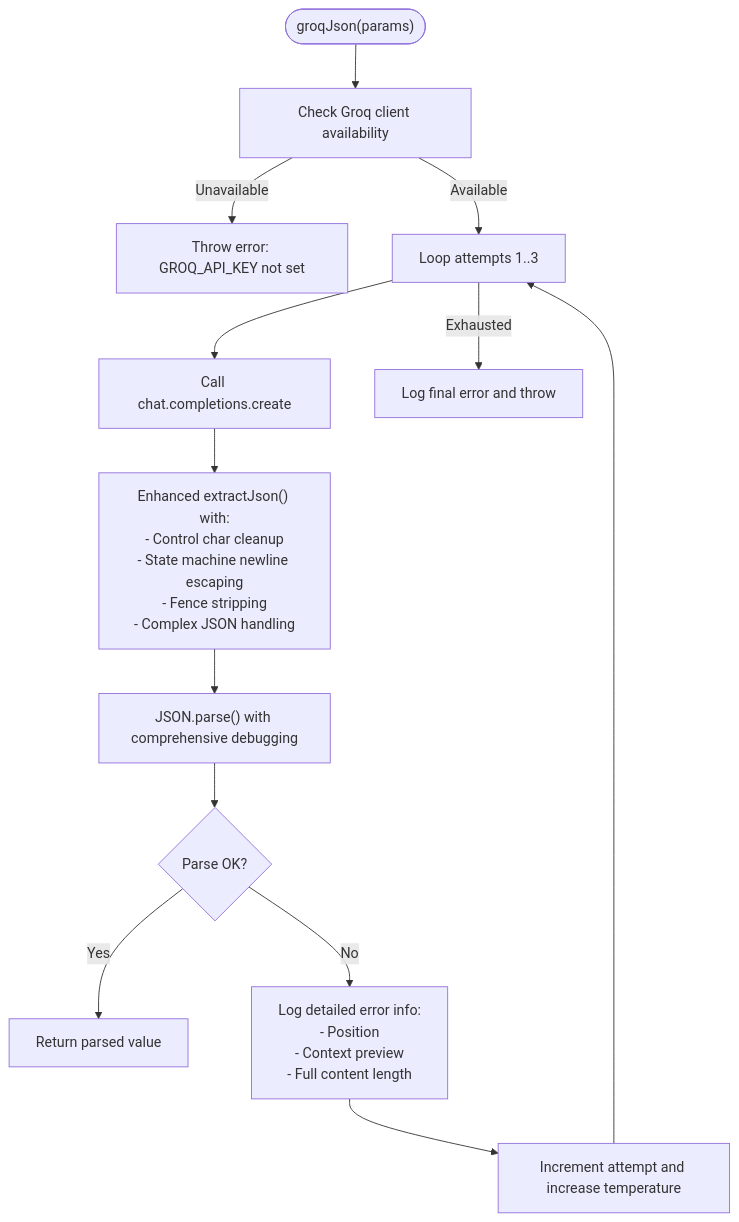
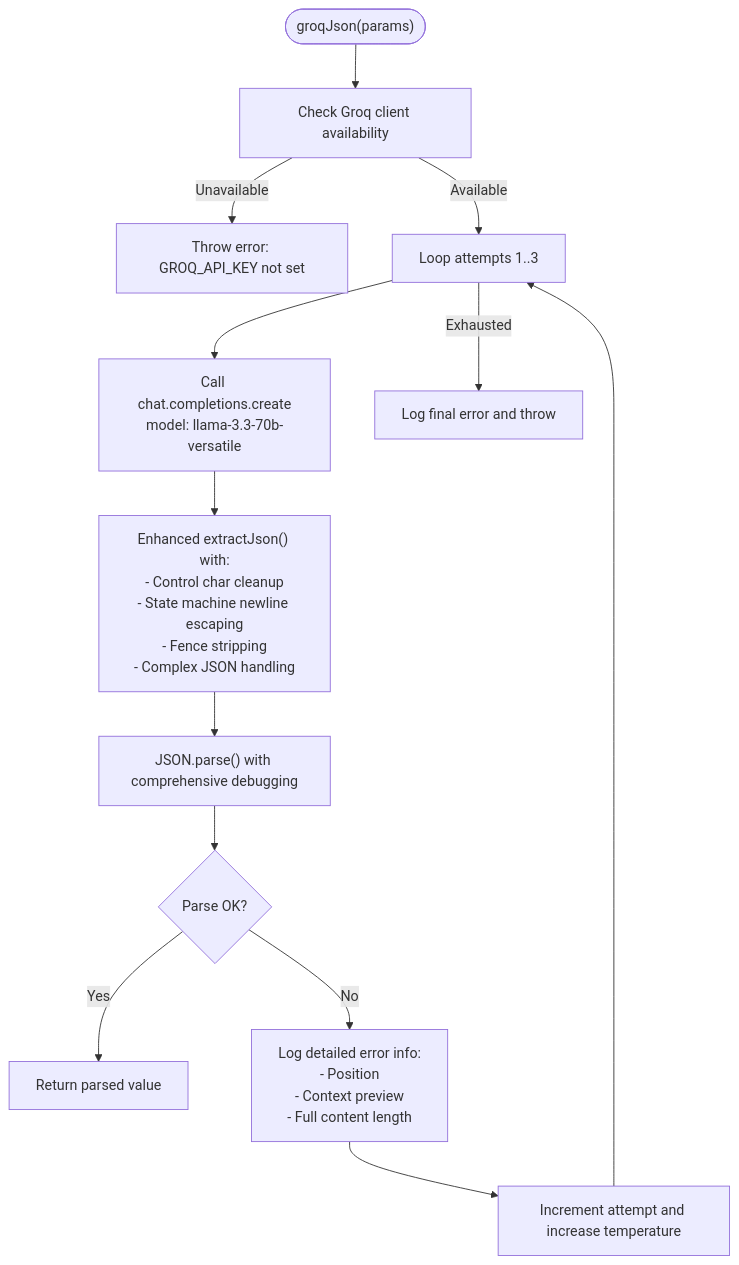
Before and after one commit to aravinthraj-ramalingam/Groww-App-Review-Insights-Analyzer-: the third of 10 diagrams in .qoder/repowiki/en/content/Phase 2_ Advanced Analytics & Automation/LLM Integration with Groq.md, drawn with Mermaid. The commit also changed other lines of this file and 10 other files, not shown here.

````diff
--- a/.qoder/repowiki/en/content/Phase 2_ Advanced Analytics & Automation/LLM Integration with Groq.md
+++ b/.qoder/repowiki/en/content/Phase 2_ Advanced Analytics & Automation/LLM Integration with Groq.md
@@ -157,15 +159,15 @@
 ```mermaid
 flowchart TD
 Start(["groqJson(params)"]) --> CheckKey["Check Groq client availability"]
 CheckKey --> |Unavailable| ThrowErr["Throw error: GROQ_API_KEY not set"]
 CheckKey --> |Available| Loop["Loop attempts 1..3"]
-Loop --> TryCall["Call chat.completions.create"]
+Loop --> TryCall["Call chat.completions.create<br/>model: llama-3.3-70b-versatile"]
 TryCall --> ParseResp["Enhanced extractJson() with:<br/>- Control char cleanup<br/>- State machine newline escaping<br/>- Fence stripping<br/>- Complex JSON handling"]
 ParseResp --> Validate["JSON.parse() with comprehensive debugging"]
 Validate --> Success{"Parse OK?"}
 Success --> |Yes| ReturnVal["Return parsed value"]
-Success --> |No| DebugInfo["Log detailed error info:<br/>- Position<br/>- Context preview<br>- Full content length"]
+Success --> |No| DebugInfo["Log detailed error info:<br/>- Position<br/>- Context preview<br/>- Full content length"]
 DebugInfo --> NextAttempt["Increment attempt and increase temperature"]
 NextAttempt --> Loop
 Loop --> |Exhausted| FinalErr["Log final error and throw"]
 ```
````
